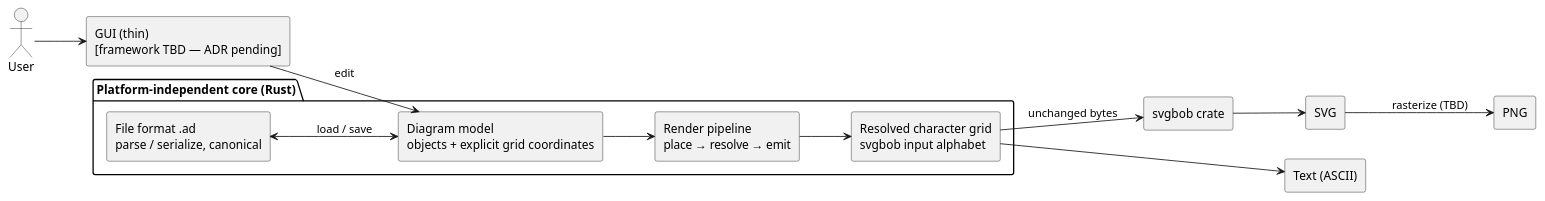
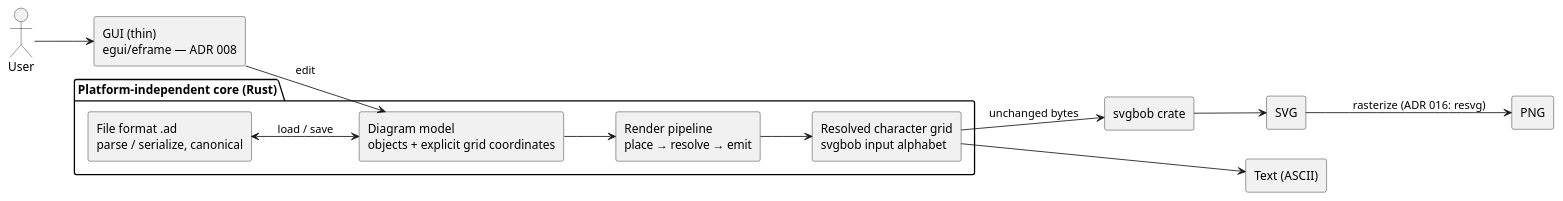
The diagram in doc/arc42/02-architecture-vision.md (Reto411/ascii-diagram-drawer), drawn with PlantUML before and after one commit. The commit also changed other lines of this file and 13 other files, not shown here.

````diff
--- a/doc/arc42/02-architecture-vision.md
+++ b/doc/arc42/02-architecture-vision.md
@@ -15,34 +15,34 @@
 ```plantuml
 @startuml
 left to right direction
 skinparam componentStyle rectangle
 
 actor "User" as user
-component "GUI (thin)\n[framework TBD — ADR pending]" as gui
+component "GUI (thin)\negui/eframe — ADR 008" as gui
 
 package "Platform-independent core (Rust)" {
   [Diagram model\nobjects + explicit grid coordinates] as model
   [File format .ad\nparse / serialize, canonical] as fmt
   [Render pipeline\nplace → resolve → emit] as pipe
   [Resolved character grid\nsvgbob input alphabet] as grid
 }
 
 component "svgbob crate" as svgbob
 
 together {
   [Text (ASCII)] as txt
   [SVG] as svg
   [PNG] as png
 }
 
 user --> gui
 gui --> model : edit
 fmt <--> model : load / save
 model --> pipe
 pipe --> grid
 grid --> txt
 grid --> svgbob : unchanged bytes
 svgbob --> svg
-svg --> png : rasterize (TBD)
+svg --> png : rasterize (ADR 016: resvg)
 @enduml
 ```
````
